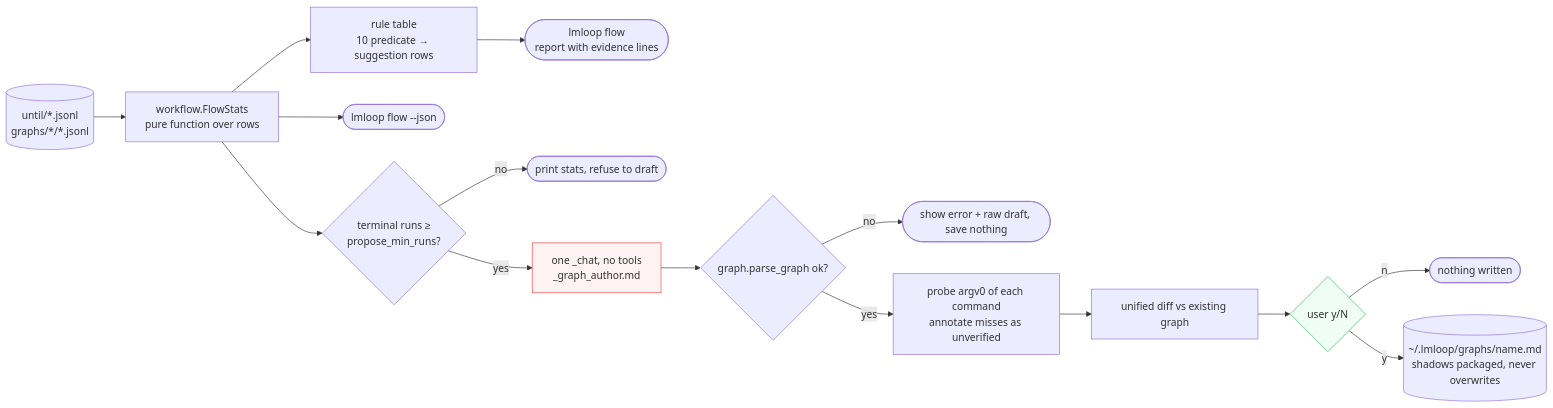
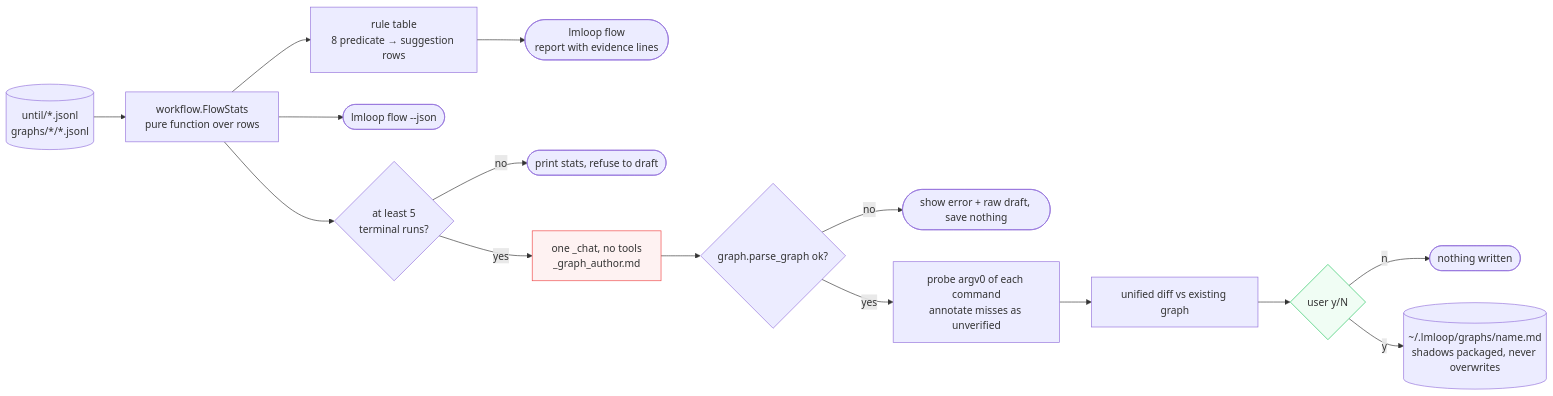
The fifth of 6 diagrams in lmloop/docs/DESIGN_DAG_AND_KNOWLEDGE_CANVAS.md (XD-Builder/environment-setup), drawn with Mermaid before and after one commit. The commit also changed other lines of this file and 4 other files, not shown here.

````diff
--- a/lmloop/docs/DESIGN_DAG_AND_KNOWLEDGE_CANVAS.md
+++ b/lmloop/docs/DESIGN_DAG_AND_KNOWLEDGE_CANVAS.md
@@ -593,21 +346,21 @@
 ```mermaid
 flowchart LR
   classDef model fill:#fef2f2,stroke:#ef4444
   classDef human fill:#f0fdf4,stroke:#22c55e
 
   logs[("until/*.jsonl<br/>graphs/*/*.jsonl")] --> stats["workflow.FlowStats<br/>pure function over rows"]
-  stats --> rules["rule table<br/>10 predicate → suggestion rows"]
+  stats --> rules["rule table<br/>8 predicate → suggestion rows"]
   rules --> report(["lmloop flow<br/>report with evidence lines"])
   stats --> json(["lmloop flow --json"])
 
-  stats --> gatecheck{"terminal runs ≥<br/>propose_min_runs?"}
+  stats --> gatecheck{"at least 5<br/>terminal runs?"}
   gatecheck -->|"no"| refuse(["print stats, refuse to draft"])
   gatecheck -->|"yes"| draft["one _chat, no tools<br/>_graph_author.md"]:::model
   draft --> parse{"graph.parse_graph ok?"}
   parse -->|"no"| err(["show error + raw draft, save nothing"])
   parse -->|"yes"| probecmd["probe argv0 of each command<br/>annotate misses as unverified"]
   probecmd --> diff["unified diff vs existing graph"]
   diff --> yn{"user y/N"}:::human
   yn -->|"n"| nothing(["nothing written"])
   yn -->|"y"| save[("~/.lmloop/graphs/name.md<br/>shadows packaged, never overwrites")]
 ```
````
